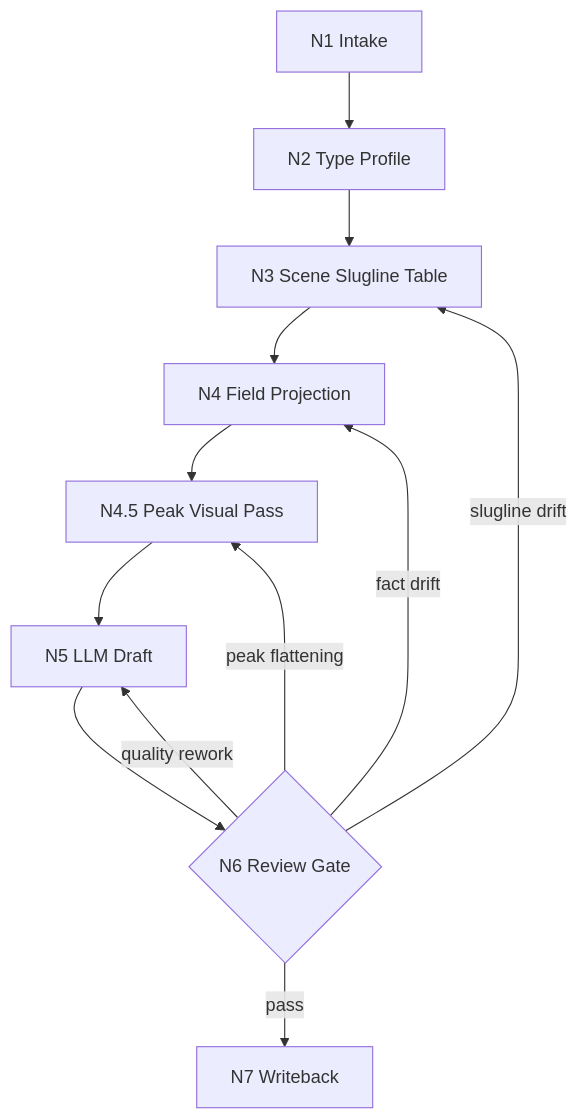
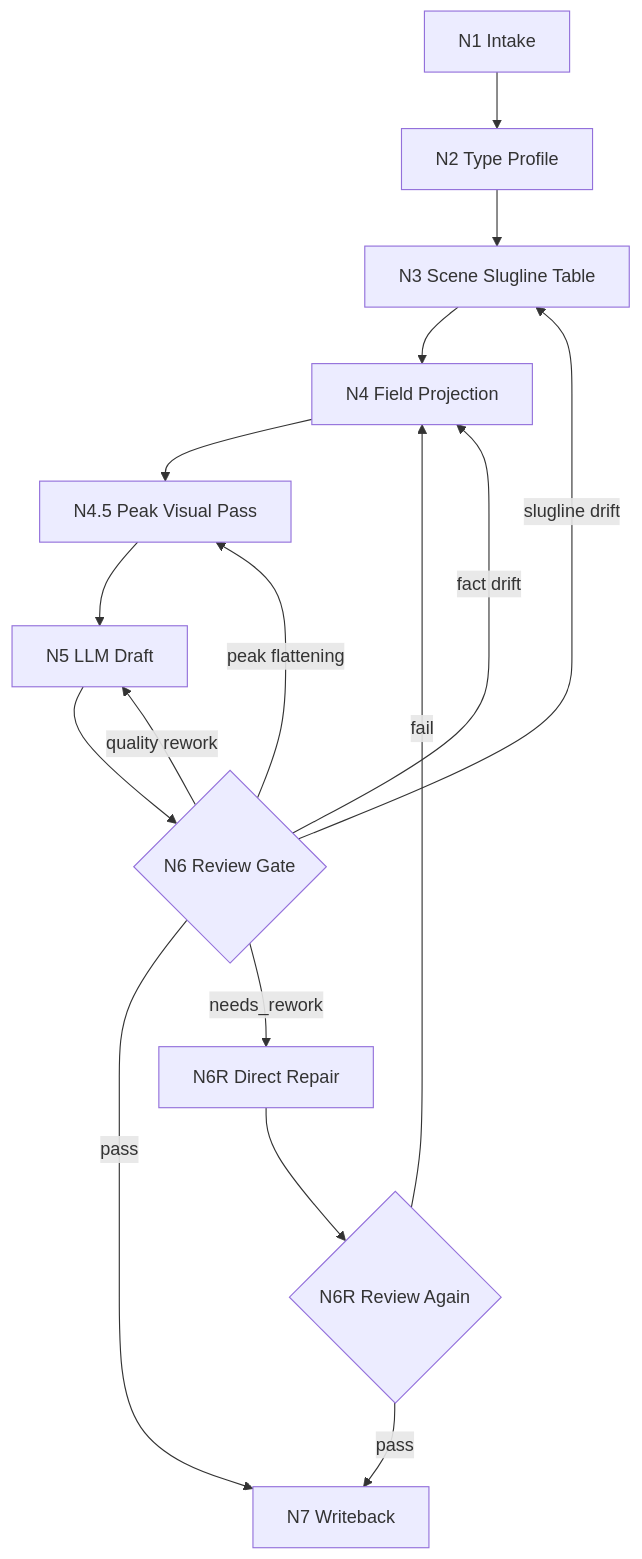
The diagram in .agents/skills/aigc/2-编导/steps/directing-workflow.md (ZEN-VOID/AI-CUT), drawn with Mermaid before and after one commit. The commit also changed other lines of this file and 256 other files, not shown here.

````diff
--- a/.agents/skills/aigc/2-编导/steps/directing-workflow.md
+++ b/.agents/skills/aigc/2-编导/steps/directing-workflow.md
@@ -49,14 +53,18 @@
 ```mermaid
 flowchart TD
     A["N1 Intake"] --> B["N2 Type Profile"]
     B --> C["N3 Scene Slugline Table"]
     C --> D["N4 Field Projection"]
     D --> H["N4.5 Peak Visual Pass"]
     H --> E["N5 LLM Draft"]
     E --> F{"N6 Review Gate"}
     F -->|"pass"| G["N7 Writeback"]
+    F -->|"needs_rework"| R["N6R Direct Repair"]
+    R --> RR{"N6R Review Again"}
+    RR -->|"pass"| G
+    RR -->|"fail"| D
     F -->|"fact drift"| D
     F -->|"peak flattening"| H
     F -->|"slugline drift"| C
     F -->|"quality rework"| E
 ```
````
